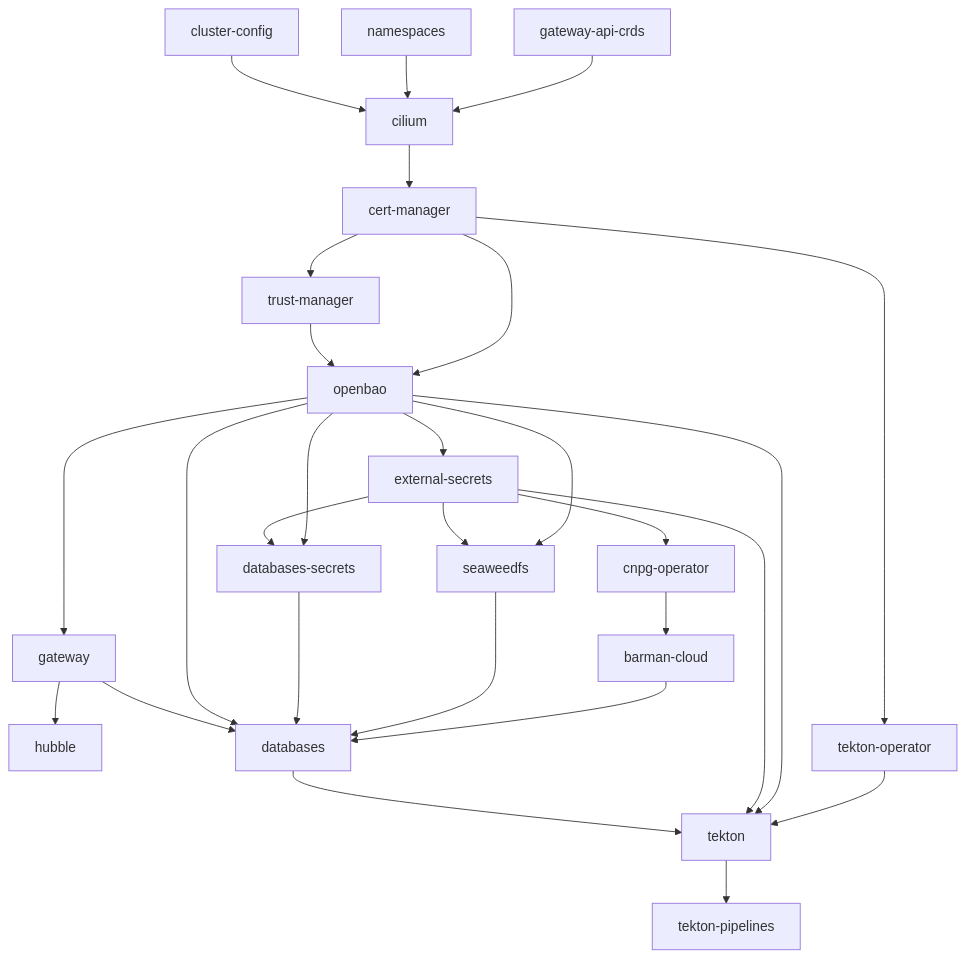
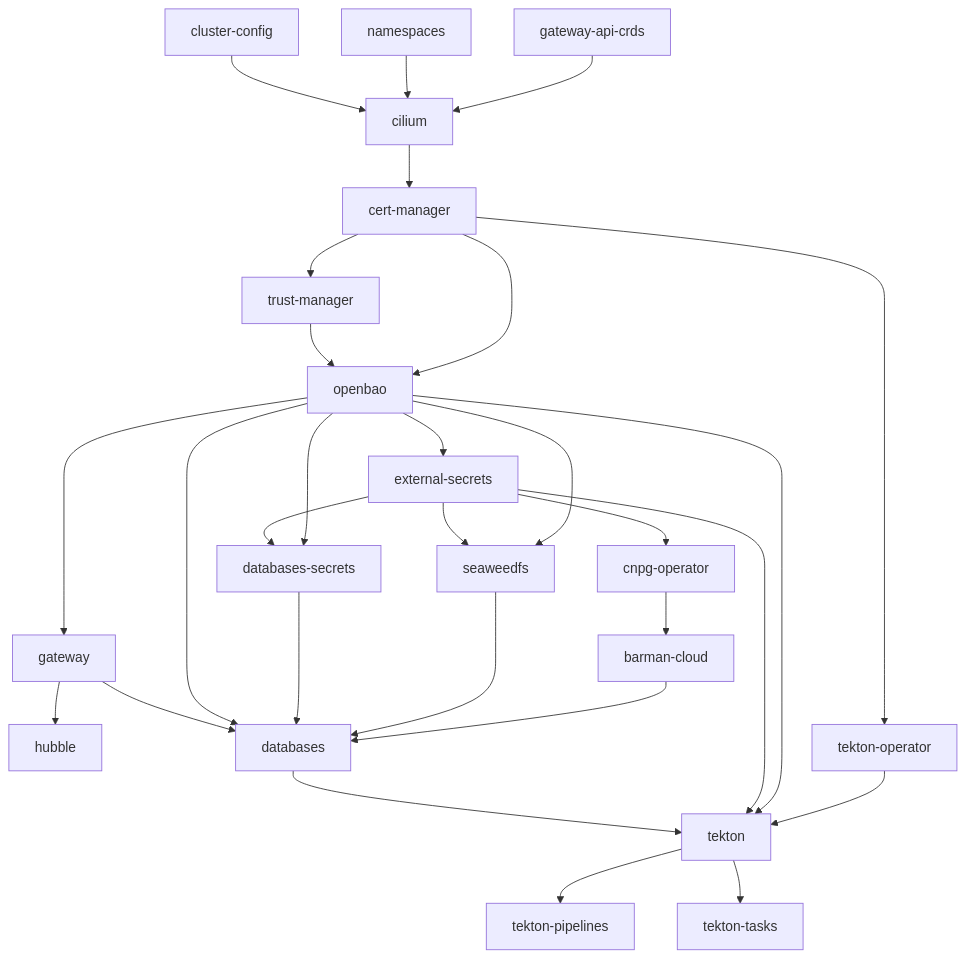
The diagram in docs/INSTALLATION.md (DragonBishop/data_science_cluster), drawn with Mermaid before and after one commit. The commit also changed other lines of this file and 16 other files, not shown here.

````diff
--- a/docs/INSTALLATION.md
+++ b/docs/INSTALLATION.md
@@ -355,40 +355,41 @@
 ```mermaid
 flowchart TD
     %% Base Foundations
     crds["gateway-api-crds"] --> cilium["cilium"]
     ns["namespaces"] --> cilium
     cc["cluster-config"] --> cilium
 
     %% Core Services & PKI
     cilium --> certmgr["cert-manager"]
     certmgr --> trustmgr["trust-manager"]
     certmgr --> openbao["openbao"]
     trustmgr --> openbao
 
     %% Platform Services
     openbao --> eso["external-secrets"]
     eso --> cnpg["cnpg-operator"]
     cnpg --> barman["barman-cloud"]
 
     openbao --> gw["gateway"]
     gw --> hubble["hubble"]
 
     %% Applications
     openbao --> dbsecrets["databases-secrets"]
     eso --> dbsecrets
     openbao --> seaweedfs["seaweedfs"]
     eso --> seaweedfs
     barman --> db["databases"]
     seaweedfs --> db
     dbsecrets --> db
     openbao --> db
     gw --> db
 
     %% CI
     certmgr --> tektonop["tekton-operator"]
     tektonop --> tekton["tekton"]
     openbao --> tekton
     eso --> tekton
     db --> tekton
     tekton --> tektonpipelines["tekton-pipelines"]
+    tekton --> tektontasks["tekton-tasks"]
 ```
````
